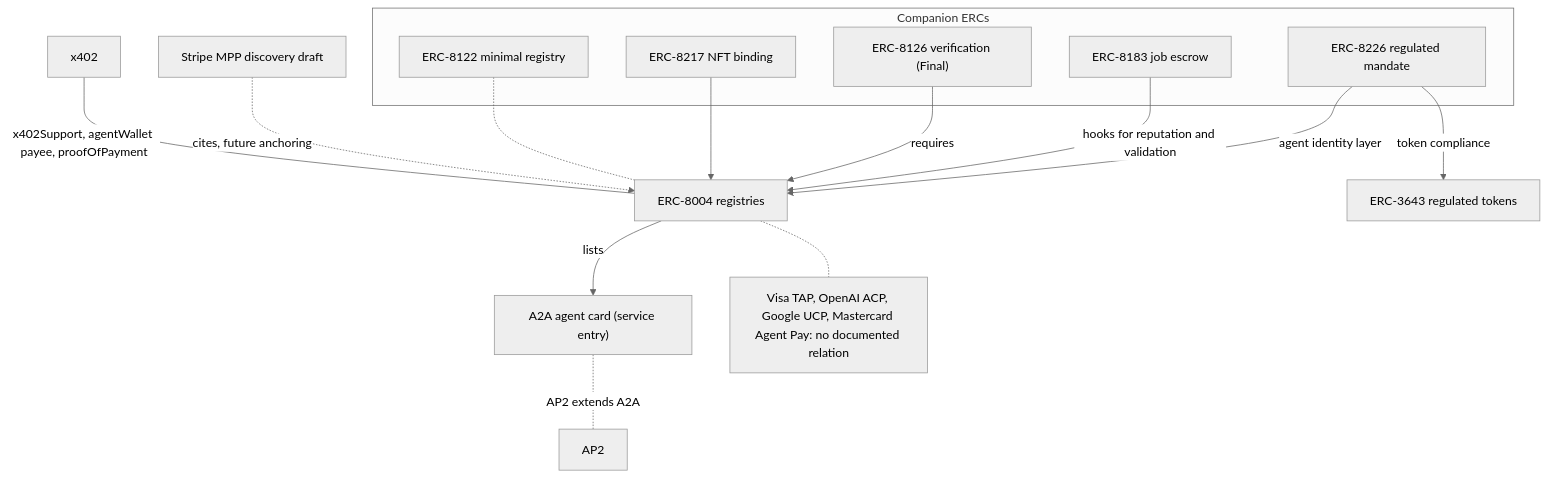
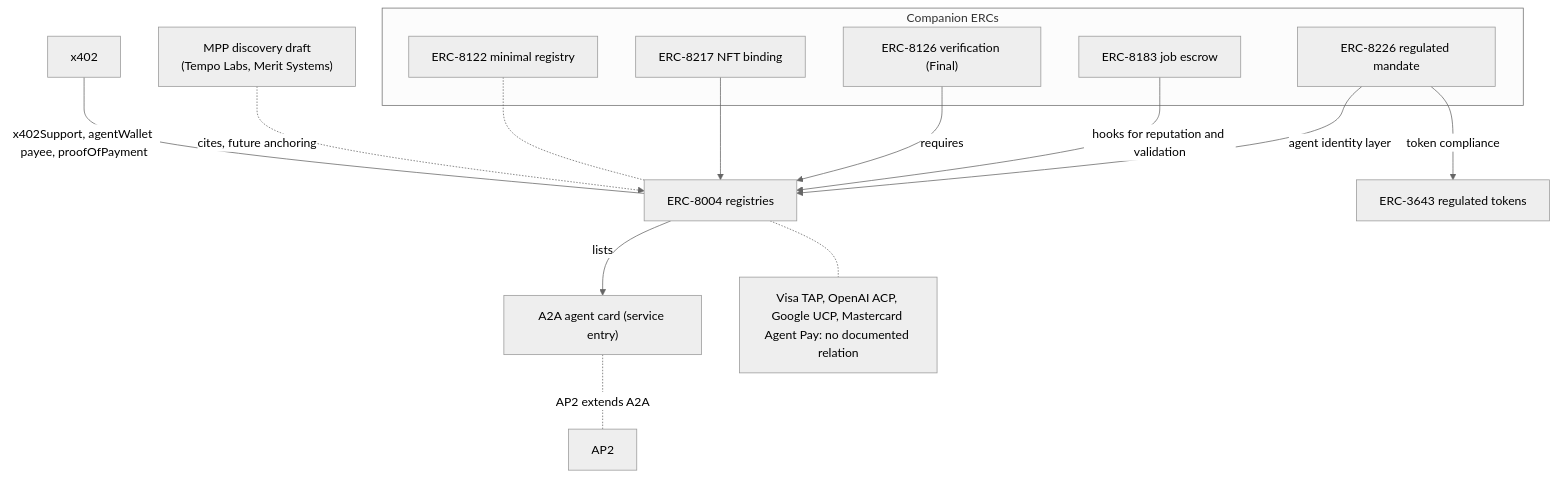
Before and after one commit to mercesAI/agentic-rails-atlas: the diagram in src/content/diagrams/erc-8004-composition.mmd, drawn with Mermaid (neutral theme). The commit also changed 154 other files, not shown here.

Commit message:
fix(content): full Stripe MPP fact check with site-wide SPT price correction

```diff
--- a/src/content/diagrams/erc-8004-composition.mmd
+++ b/src/content/diagrams/erc-8004-composition.mmd
@@ -1,26 +1,26 @@
 flowchart TB
   E["ERC-8004 registries"]
   X["x402"]
-  M["Stripe MPP discovery draft"]
+  M["MPP discovery draft<br/>(Tempo Labs, Merit Systems)"]
   A2A["A2A agent card (service entry)"]
   AP2["AP2"]
   NONE["Visa TAP, OpenAI ACP, Google UCP, Mastercard Agent Pay: no documented relation"]
   subgraph C["Companion ERCs"]
     E8122["ERC-8122 minimal registry"]
     E8217["ERC-8217 NFT binding"]
     E8126["ERC-8126 verification (Final)"]
     E8183["ERC-8183 job escrow"]
     E8226["ERC-8226 regulated mandate"]
   end
   T["ERC-3643 regulated tokens"]
   X -- "x402Support, agentWallet payee, proofOfPayment" --- E
   M -. "cites, future anchoring" .-> E
   E -- "lists" --> A2A
   A2A -. "AP2 extends A2A" .- AP2
   E -.- NONE
   E8122 -.- E
   E8217 --> E
   E8126 -- "requires" --> E
   E8183 -- "hooks for reputation and validation" --> E
   E8226 -- "agent identity layer" --> E
   E8226 -- "token compliance" --> T
```
